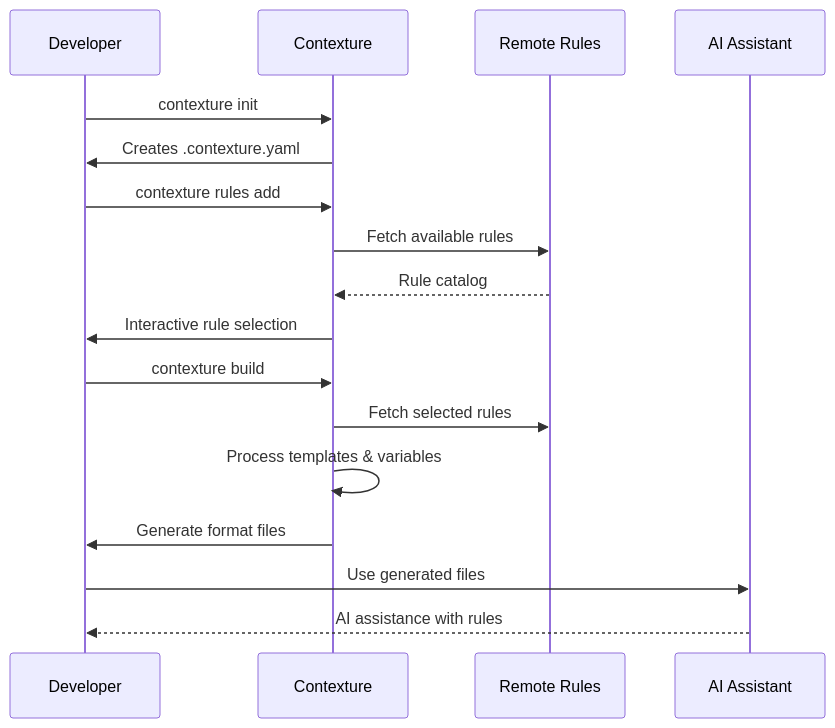
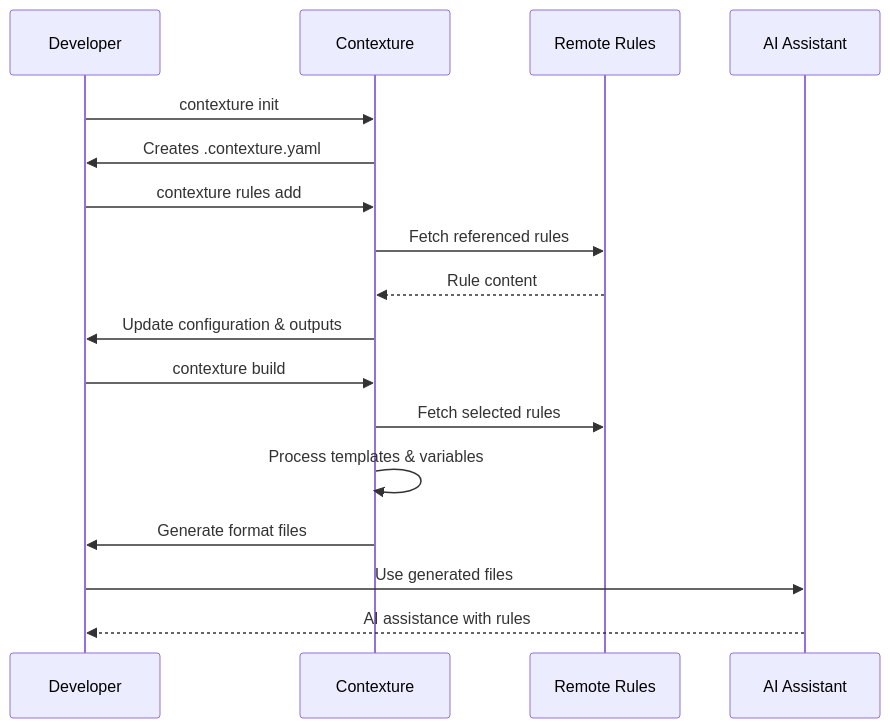
One commit to contextureai/contexture changed the second of 2 diagrams in docs/core-concepts/overview.md. Above: the diagram before and after it, drawn with Mermaid. The commit also changed 13 other files, not shown here.

````diff
--- a/docs/core-concepts/overview.md
+++ b/docs/core-concepts/overview.md
@@ -112,23 +112,23 @@
 ```mermaid
 sequenceDiagram
     participant Dev as Developer
     participant CTX as Contexture
     participant Remote as Remote Rules
     participant AI as AI Assistant
 
     Dev->>CTX: contexture init
     CTX->>Dev: Creates .contexture.yaml
 
     Dev->>CTX: contexture rules add
-    CTX->>Remote: Fetch available rules
-    Remote-->>CTX: Rule catalog
-    CTX->>Dev: Interactive rule selection
+    CTX->>Remote: Fetch referenced rules
+    Remote-->>CTX: Rule content
+    CTX->>Dev: Update configuration & outputs
 
     Dev->>CTX: contexture build
     CTX->>Remote: Fetch selected rules
     CTX->>CTX: Process templates & variables
     CTX->>Dev: Generate format files
 
     Dev->>AI: Use generated files
     AI-->>Dev: AI assistance with rules
 ```
````
